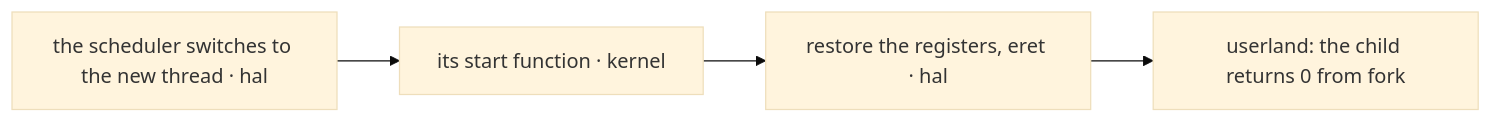
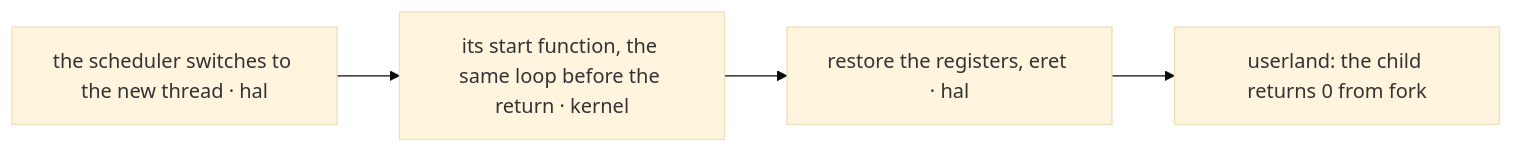
The fifth of 5 diagrams in docs/ENTRY.md (EmiBSD/Kernel), drawn with Mermaid (base theme) before and after one commit. The commit also changed other lines of this file and 1 other file, not shown here.

````diff
--- a/docs/ENTRY.md
+++ b/docs/ENTRY.md
@@ -191,6 +225,6 @@
 ```mermaid
 flowchart LR
-    S["the scheduler switches to the new thread · hal"] --> K["its start function · kernel"]
+    S["the scheduler switches to the new thread · hal"] --> K["its start function, the same loop before the return · kernel"]
     K --> H["restore the registers, eret · hal"]
     H --> U["userland: the child returns 0 from fork"]
 ```
````
